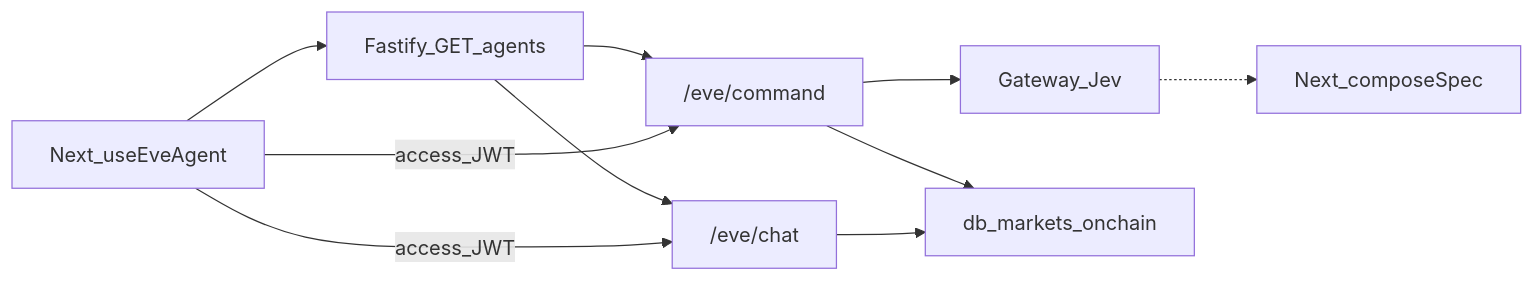
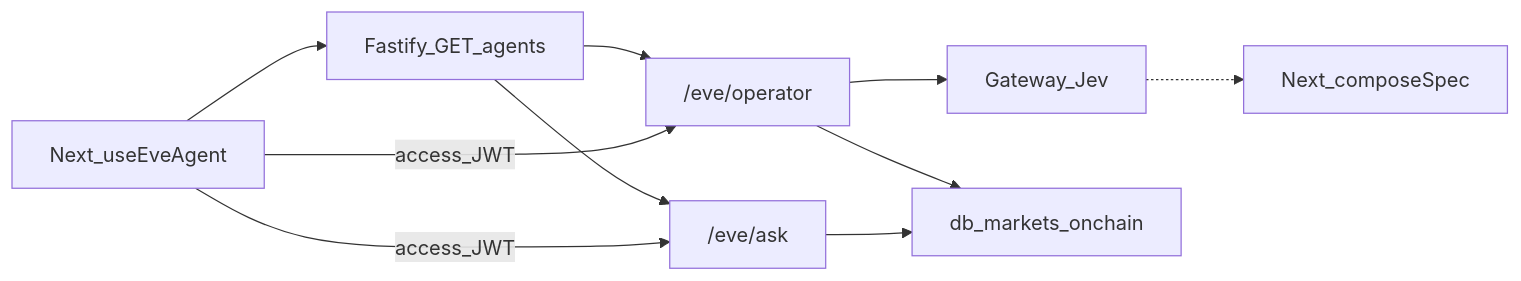
One commit to blockmatic/basilic changed the diagram in apps/docu/content/docs/architecture/eve.mdx. Above: the diagram before and after it, drawn with Mermaid. The commit also changed other lines of this file and 37 other files, not shown here.

First line of the commit message:
feat(ai): route LMs through Anthropic, Jev via gateway (#279)

````diff
--- a/apps/docu/content/docs/architecture/eve.mdx
+++ b/apps/docu/content/docs/architecture/eve.mdx
@@ -12,12 +12,12 @@
 ```mermaid
 flowchart LR
   Web[Next_useEveAgent] --> AgentsMeta[Fastify_GET_agents]
-  AgentsMeta --> Command["/eve/command"]
-  AgentsMeta --> Chat["/eve/chat"]
-  Web -->|access_JWT| Command
-  Web -->|access_JWT| Chat
-  Command --> Jev[Gateway_Jev]
+  AgentsMeta --> Operator["/eve/operator"]
+  AgentsMeta --> Ask["/eve/ask"]
+  Web -->|access_JWT| Operator
+  Web -->|access_JWT| Ask
+  Operator --> Jev[Gateway_Jev]
   Jev -.-> Compose[Next_composeSpec]
-  Command --> Domain["db_markets_onchain"]
-  Chat --> Domain
+  Operator --> Domain["db_markets_onchain"]
+  Ask --> Domain
 ```
````
